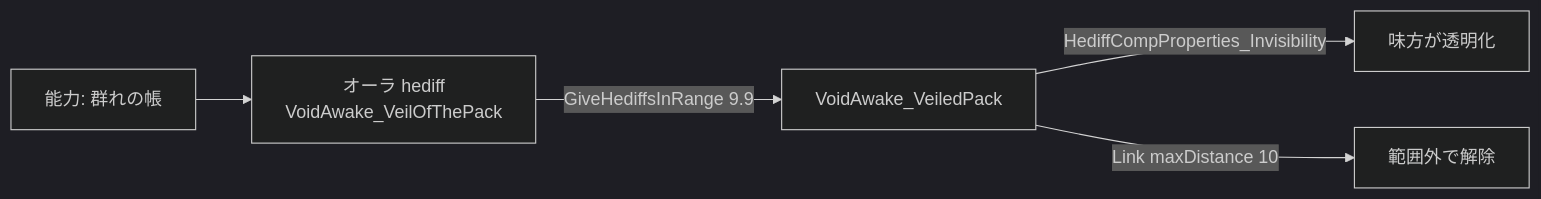
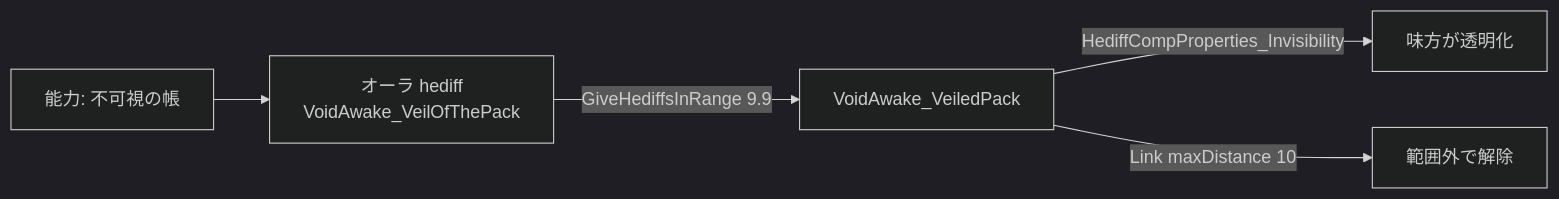
The fourth of 4 diagrams in Docs/VoidMagic.md (WlLL1204/VoidAwake), drawn with Mermaid (dark theme) before and after one commit. The commit also changed other lines of this file and 35 other files, not shown here.

````diff
--- a/Docs/VoidMagic.md
+++ b/Docs/VoidMagic.md
@@ -135,7 +224,7 @@
 ```mermaid
 flowchart LR
-  Ability["能力: 群れの帳"] --> Aura["オーラ hediff<br/>VoidAwake_VeilOfThePack"]
+  Ability["能力: 不可視の帳"] --> Aura["オーラ hediff<br/>VoidAwake_VeilOfThePack"]
   Aura -->|"GiveHediffsInRange 9.9"| Buff["VoidAwake_VeiledPack"]
   Buff -->|"HediffCompProperties_Invisibility"| Hidden["味方が透明化"]
   Buff -->|"Link maxDistance 10"| Removed["範囲外で解除"]
 ```
````
